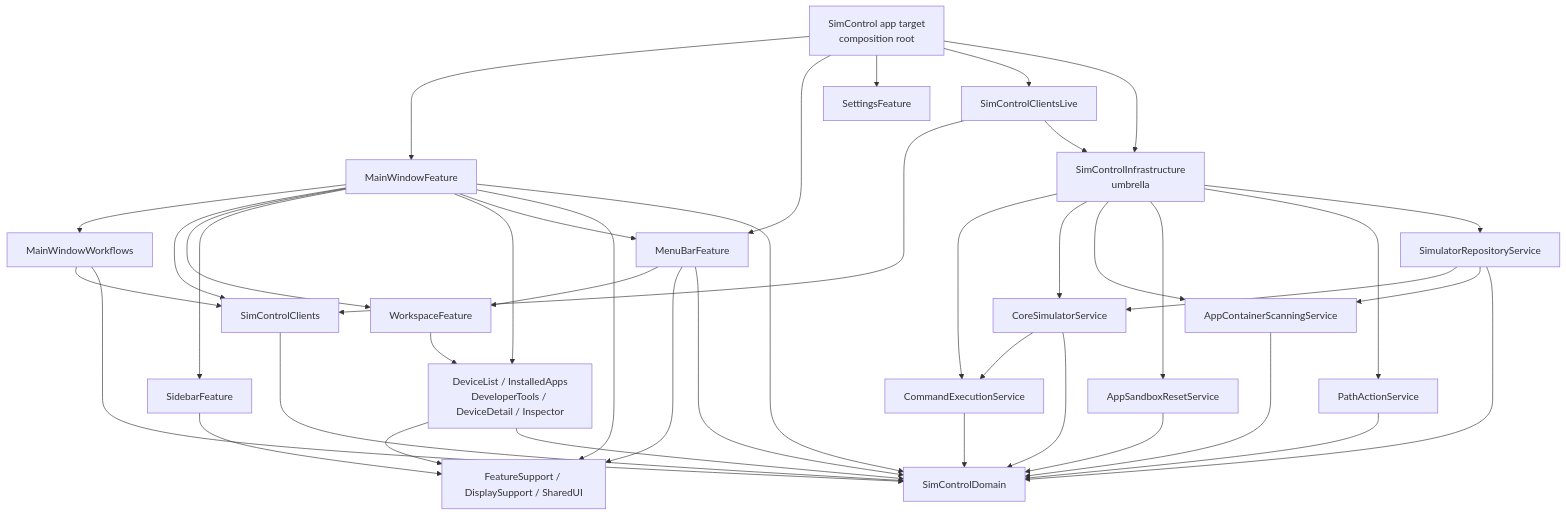
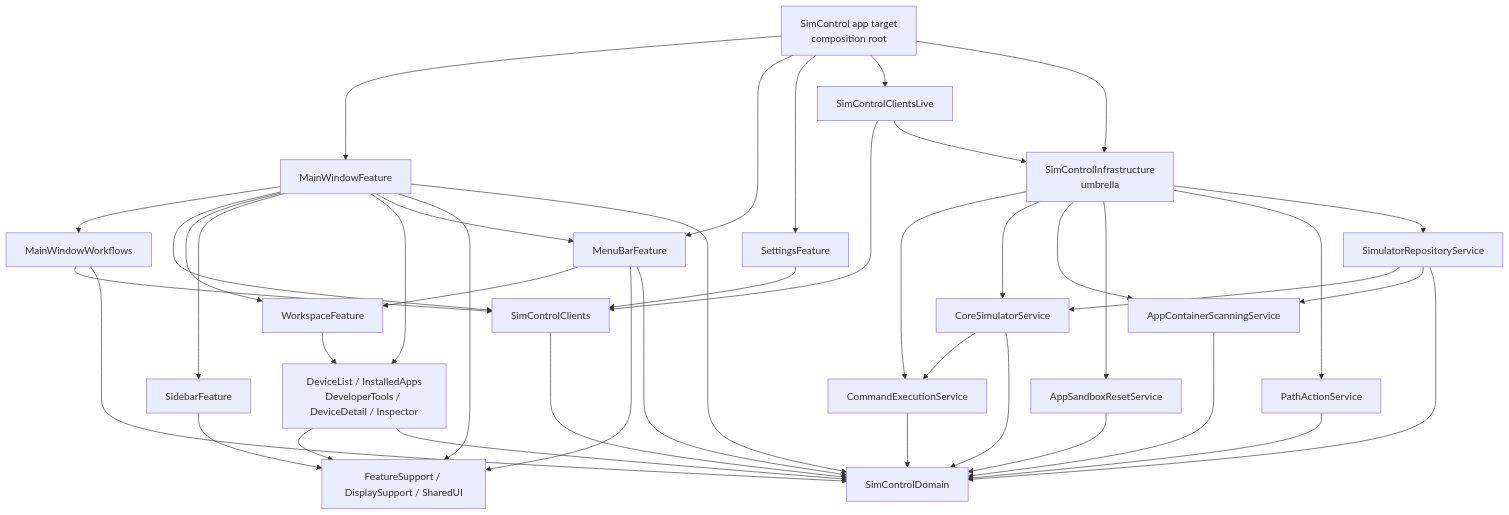
Before and after one commit to Jaesung-Jung/XcodeSimulatorManager: the diagram in docs/architecture/isowords-inspired-modularization.md, drawn with Mermaid. The commit also changed other lines of this file and 17 other files, not shown here.

Commit message:
refactor: add settings feature store

````diff
--- a/docs/architecture/isowords-inspired-modularization.md
+++ b/docs/architecture/isowords-inspired-modularization.md
@@ -69,49 +69,51 @@
 ```mermaid
 flowchart TB
   App["SimControl app target\ncomposition root"] --> MainWindowFeature
   App --> MenuBarFeature
   App --> SettingsFeature
   App --> ClientsLive["SimControlClientsLive"]
   App --> Infra["SimControlInfrastructure\numbrella"]
 
   MainWindowFeature --> Workflows["MainWindowWorkflows"]
   MainWindowFeature --> Clients["SimControlClients"]
   MainWindowFeature --> WorkspaceFeature
   MainWindowFeature --> SidebarFeature
   MainWindowFeature --> LeafFeatures["DeviceList / InstalledApps\nDeveloperTools / DeviceDetail / Inspector"]
   MainWindowFeature --> MenuBarFeature
   MainWindowFeature --> Support["FeatureSupport / DisplaySupport / SharedUI"]
   MainWindowFeature --> Domain["SimControlDomain"]
 
   MenuBarFeature --> WorkspaceFeature
   MenuBarFeature --> Support
   MenuBarFeature --> Domain
+
+  SettingsFeature --> Clients
 
   WorkspaceFeature --> LeafFeatures
   SidebarFeature --> Support
   LeafFeatures --> Support
   LeafFeatures --> Domain
   Workflows --> Clients
   Workflows --> Domain
 
   ClientsLive --> Clients
   ClientsLive --> Infra
   Clients --> Domain
 
   Infra --> CommandExecutionService
   Infra --> CoreSimulatorService
   Infra --> AppContainerScanningService
   Infra --> AppSandboxResetService
   Infra --> PathActionService
   Infra --> SimulatorRepositoryService
 
   SimulatorRepositoryService --> CoreSimulatorService
   SimulatorRepositoryService --> AppContainerScanningService
   CoreSimulatorService --> CommandExecutionService
   CommandExecutionService --> Domain
   CoreSimulatorService --> Domain
   AppContainerScanningService --> Domain
   AppSandboxResetService --> Domain
   PathActionService --> Domain
   SimulatorRepositoryService --> Domain
 ```
````
